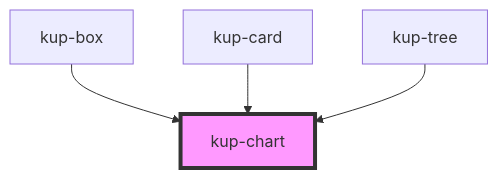
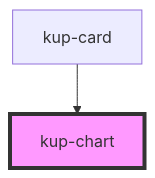
One commit to smeup/ketchup changed the diagram in packages/ketchup/src/components/kup-chart/readme.md. Above: the diagram before and after it, drawn with Mermaid. The commit also changed other lines of this file and 12 other files, not shown here.

Commit message:
Box and tree now behave like data table for shapes.

````diff
--- a/packages/ketchup/src/components/kup-chart/readme.md
+++ b/packages/ketchup/src/components/kup-chart/readme.md
@@ -62,7 +60,5 @@
 ```mermaid
 graph TD;
-  kup-box --> kup-chart
   kup-card --> kup-chart
-  kup-tree --> kup-chart
   style kup-chart fill:#f9f,stroke:#333,stroke-width:4px
 ```
````
